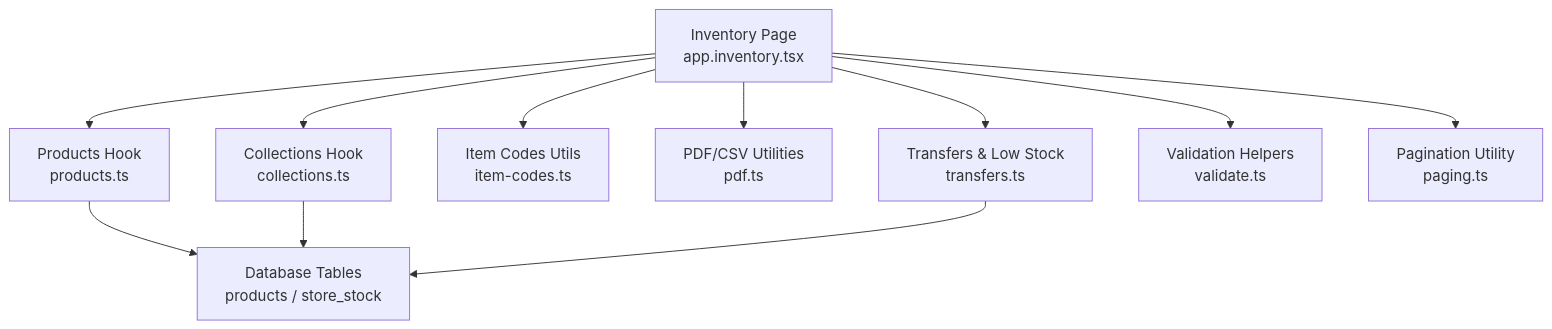
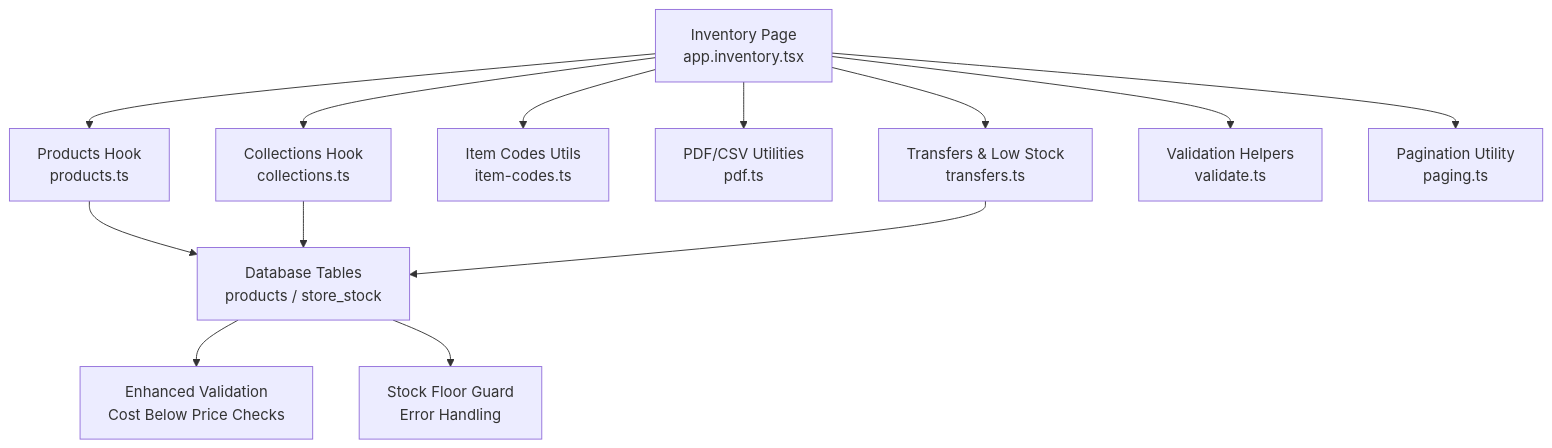
Before and after one commit to themclloyd/storq: the first of 17 diagrams in .qoder/repowiki/en/content/Inventory Management/Inventory Management.md, drawn with Mermaid. The commit also changed other lines of this file and 42 other files, not shown here.

````diff
--- a/.qoder/repowiki/en/content/Inventory Management/Inventory Management.md
+++ b/.qoder/repowiki/en/content/Inventory Management/Inventory Management.md
@@ -54,13 +60,15 @@
 ```mermaid
 graph TB
 INV["Inventory Page<br/>app.inventory.tsx"] --> PROD["Products Hook<br/>products.ts"]
 INV --> COL["Collections Hook<br/>collections.ts"]
 INV --> CODE["Item Codes Utils<br/>item-codes.ts"]
 INV --> PDF["PDF/CSV Utilities<br/>pdf.ts"]
 INV --> TRANS["Transfers & Low Stock<br/>transfers.ts"]
 INV --> VAL["Validation Helpers<br/>validate.ts"]
 INV --> PAGING["Pagination Utility<br/>paging.ts"]
 PROD --> DB["Database Tables<br/>products / store_stock"]
 COL --> DB
 TRANS --> DB
+DB --> VALIDATION["Enhanced Validation<br/>Cost Below Price Checks"]
+DB --> STOCK_GUARD["Stock Floor Guard<br/>Error Handling"]
 ```
````
